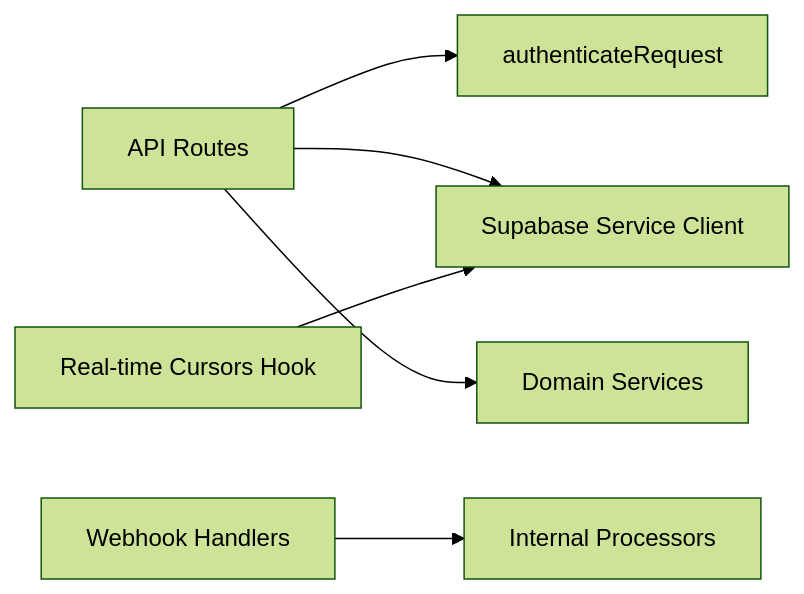
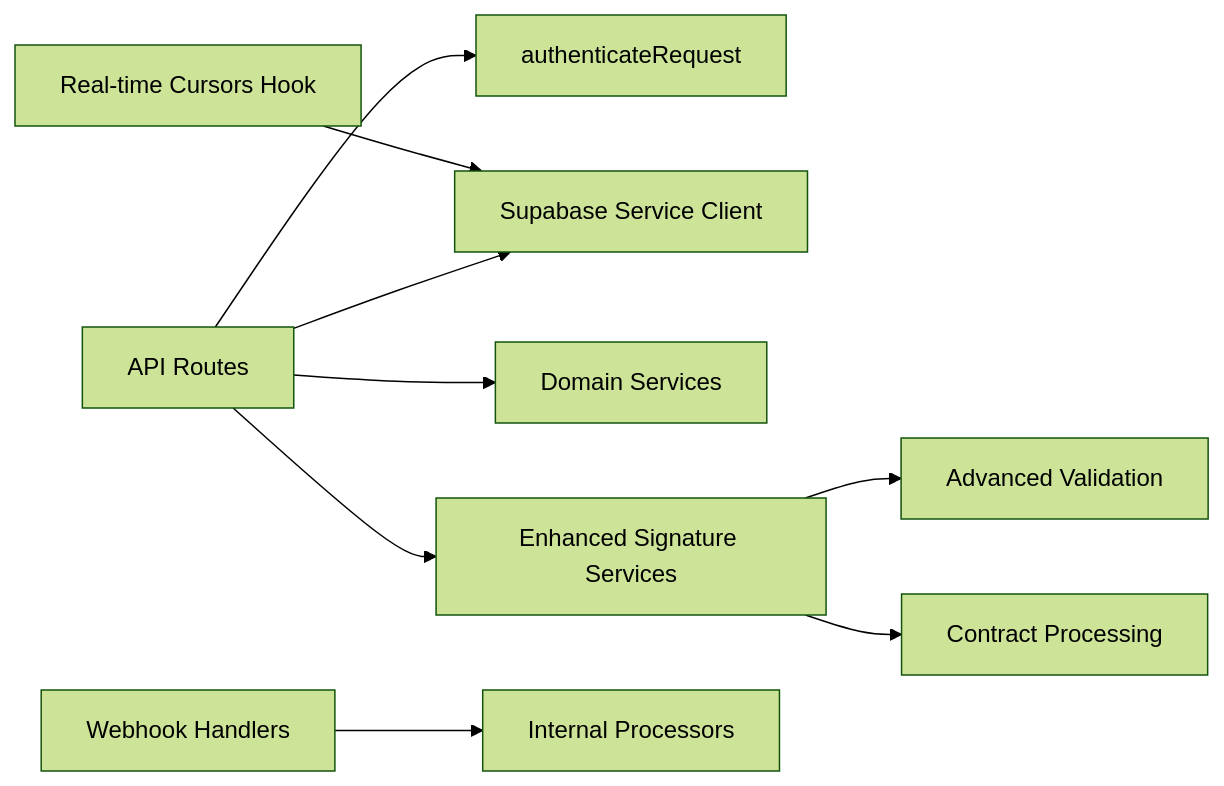
The sixth of 6 diagrams in .qoder/repowiki/en/content/API Reference/API Reference.md (SinesysTech/zattar-os), drawn with Mermaid (forest theme) before and after one commit. The commit also changed other lines of this file and 103 other files, not shown here.

````diff
--- a/.qoder/repowiki/en/content/API Reference/API Reference.md
+++ b/.qoder/repowiki/en/content/API Reference/API Reference.md
@@ -303,8 +510,11 @@
 ```mermaid
 graph LR
 Routes["API Routes"] --> Auth["authenticateRequest"]
 Routes --> Supabase["Supabase Service Client"]
 Routes --> Services["Domain Services"]
+Routes --> Signature["Enhanced Signature Services"]
+Signature --> Validation["Advanced Validation"]
+Signature --> Contracts["Contract Processing"]
 Realtime["Real-time Cursors Hook"] --> Supabase
 Webhooks["Webhook Handlers"] --> Processors["Internal Processors"]
 ```
````
